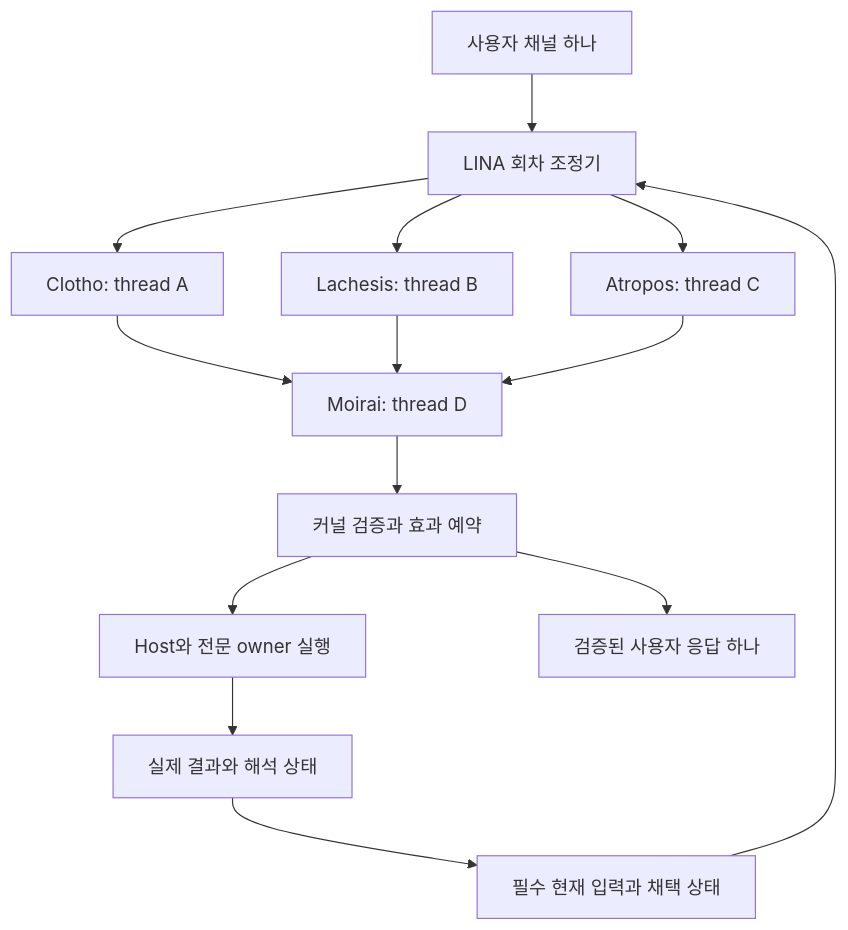
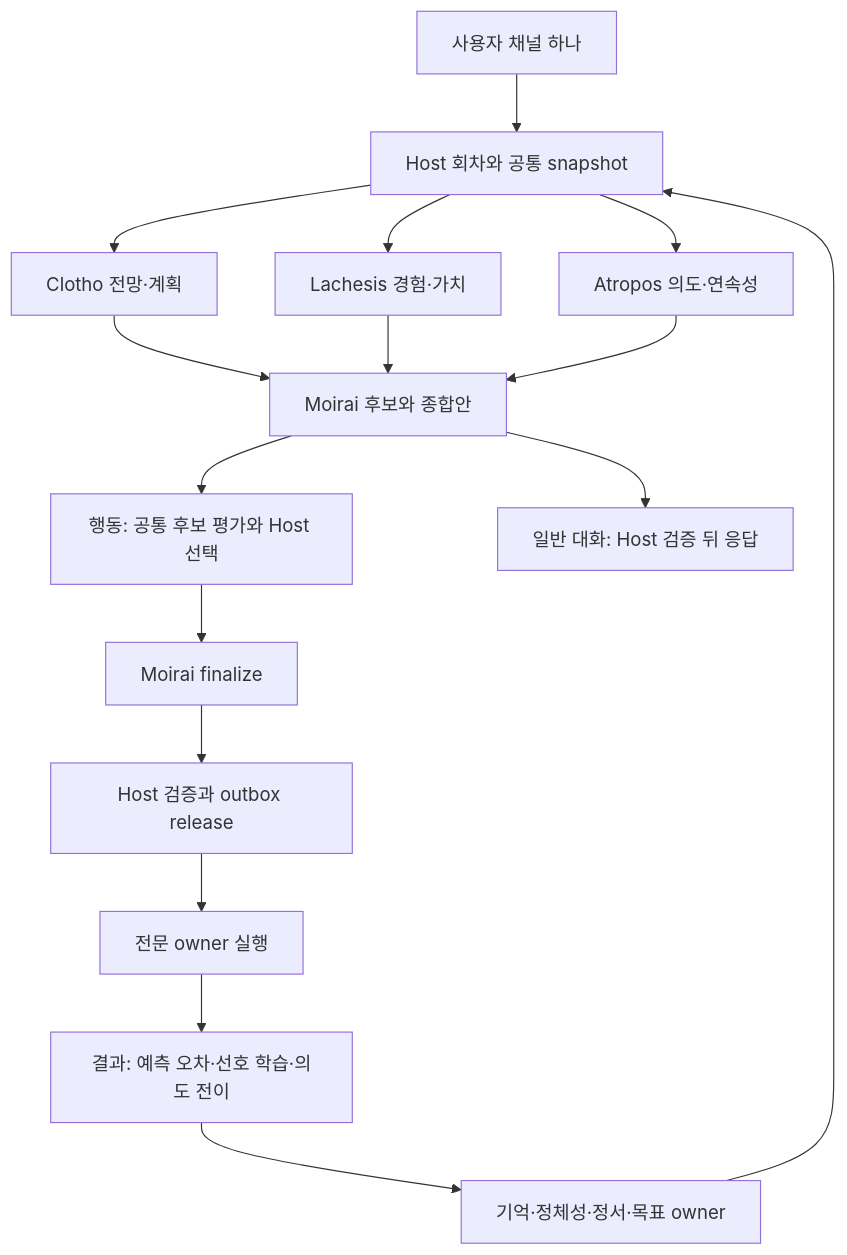
One commit to thisisjun786/lina changed the diagram in docs/plans/context-engines/030_moirai_refactor_plan.md. Above: the diagram before and after it, drawn with Mermaid. The commit also changed other lines of this file and 3 other files, not shown here.

````diff
--- a/docs/plans/context-engines/030_moirai_refactor_plan.md
+++ b/docs/plans/context-engines/030_moirai_refactor_plan.md
@@ -42,16 +43,18 @@
 ```mermaid
 flowchart TD
-  U[사용자 채널 하나] --> R[LINA 회차 조정기]
-  S[필수 현재 입력과 채택 상태] --> R
-  R --> C[Clotho: thread A]
-  R --> L[Lachesis: thread B]
-  R --> A[Atropos: thread C]
-  C --> M[Moirai: thread D]
+  U[사용자 채널 하나] --> R[Host 회차와 공통 snapshot]
+  S[기억·정체성·정서·목표 owner] --> R
+  R --> C[Clotho 전망·계획]
+  R --> L[Lachesis 경험·가치]
+  R --> A[Atropos 의도·연속성]
+  C --> M[Moirai 후보와 종합안]
   L --> M
   A --> M
-  M --> K[커널 검증과 효과 예약]
-  K --> E[Host와 전문 owner 실행]
-  E --> O[실제 결과와 해석 상태]
+  M --> Q[행동: 공통 후보 평가와 Host 선택]
+  Q --> F[Moirai finalize]
+  F --> K[Host 검증과 outbox release]
+  K --> E[전문 owner 실행]
+  E --> O[결과: 예측 오차·선호 학습·의도 전이]
   O --> S
-  K --> D[검증된 사용자 응답 하나]
+  M --> D[일반 대화: Host 검증 뒤 응답]
 ```
````
